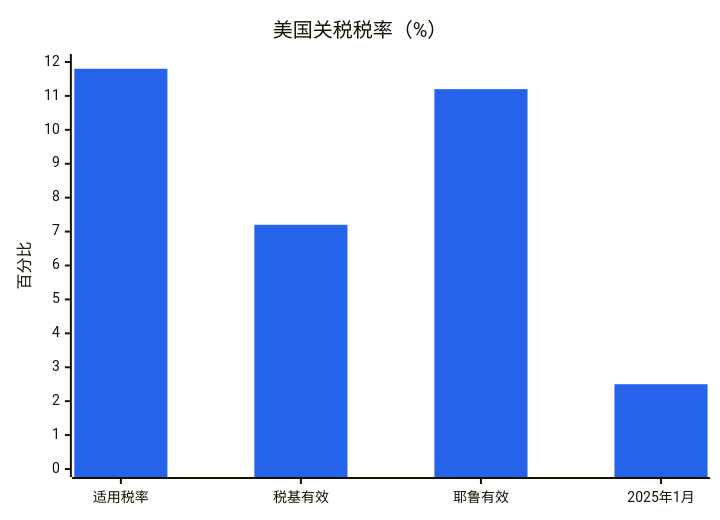
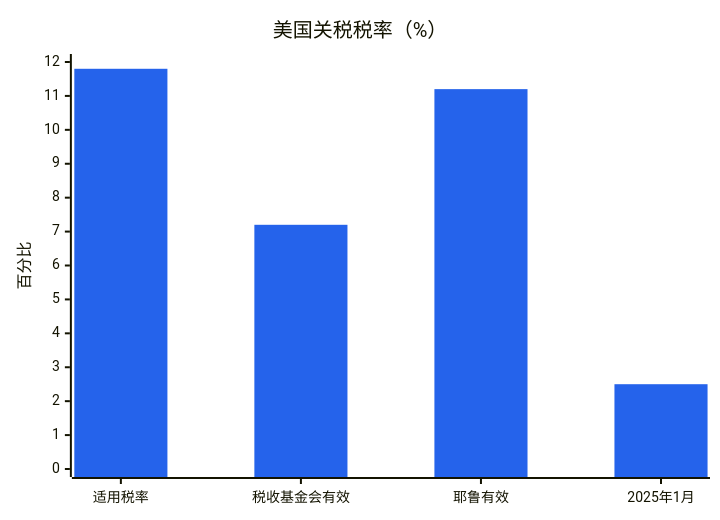
One commit to dureach/research changed the seventh of 15 diagrams in Global-Trade-Intelligence-weekly-2026-11-23/index.zh.md. Above: the diagram before and after it, drawn with Mermaid. The commit also changed other lines of this file and 5 other files, not shown here.

````diff
--- a/Global-Trade-Intelligence-weekly-2026-11-23/index.zh.md
+++ b/Global-Trade-Intelligence-weekly-2026-11-23/index.zh.md
@@ -467,8 +467,8 @@
 ```mermaid
 %%{init: {'theme': 'base', 'themeVariables': {'xyChart': {'plotColorPalette': '#2563eb'}}}}%%
 xychart-beta
     title "美国关税税率（%）"
-    x-axis ["适用税率", "税基有效", "耶鲁有效", "2025年1月"]
+    x-axis ["适用税率", "税收基金会有效", "耶鲁有效", "2025年1月"]
     y-axis "百分比" 0 --> 12
     bar [11.8, 7.2, 11.2, 2.5]
 ```
````
